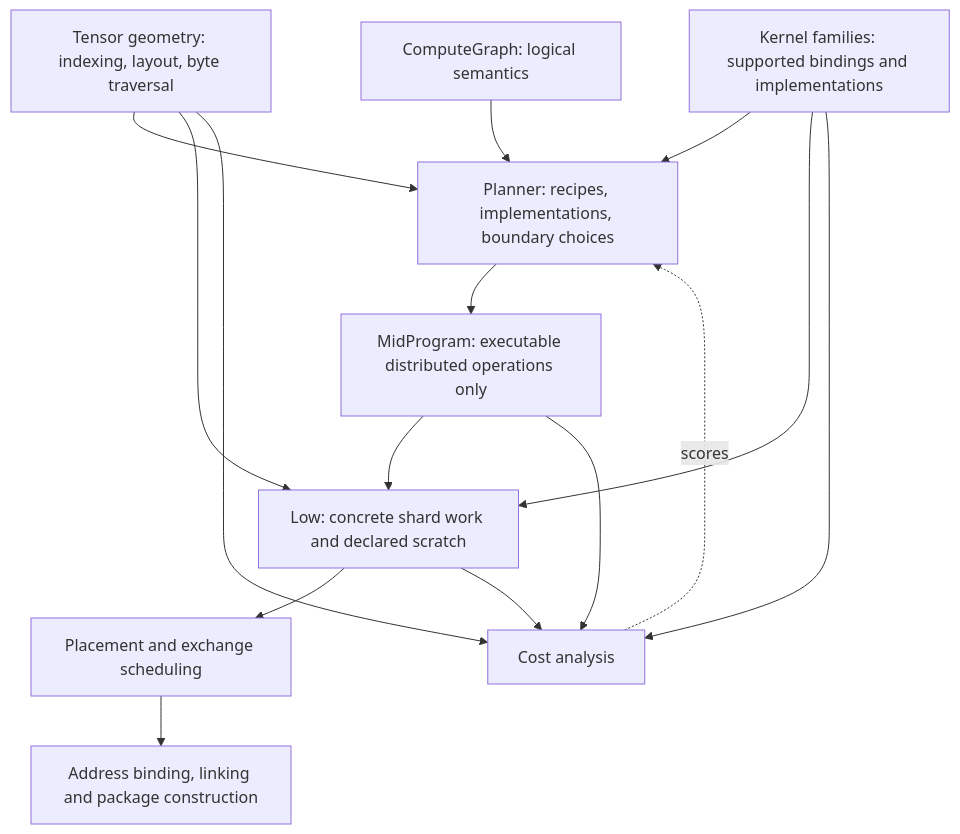
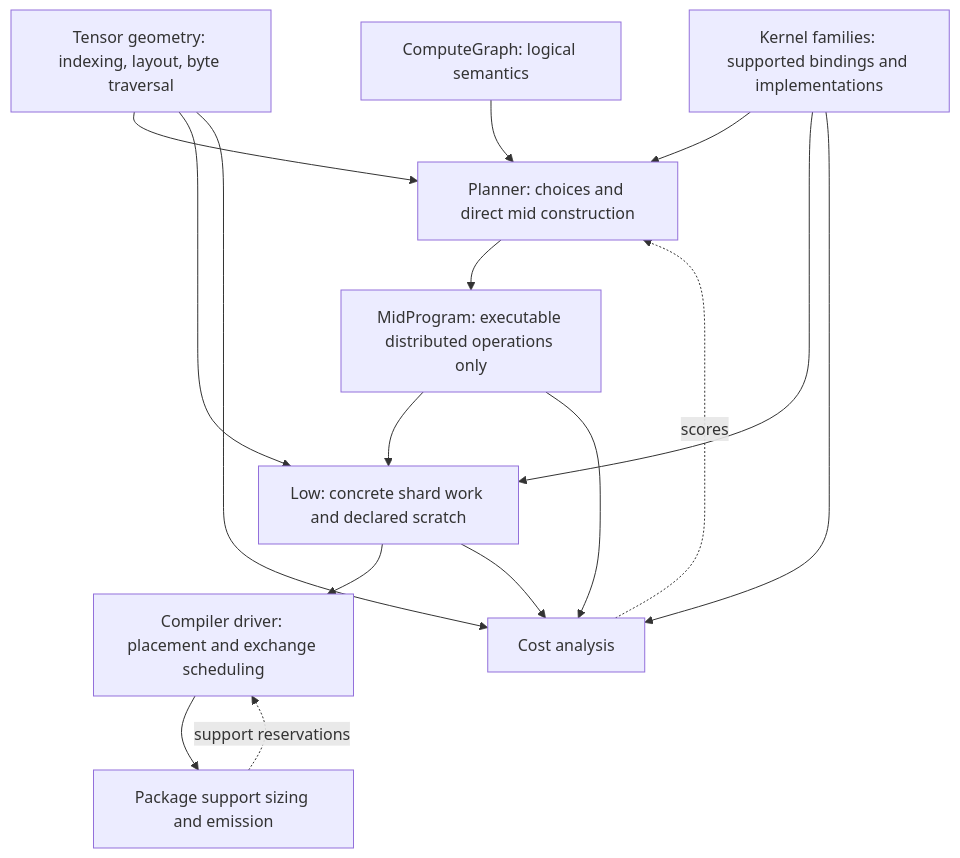
One commit to osmarks/ipu-stack changed the diagram in docs/COMPILER_STRUCTURE_PROPOSAL.md. Above: the diagram before and after it, drawn with Mermaid. The commit also changed other lines of this file and 2 other files, not shown here.

Commit message:
Specify direct mid construction and compiler orchestration boundaries

````diff
--- a/docs/COMPILER_STRUCTURE_PROPOSAL.md
+++ b/docs/COMPILER_STRUCTURE_PROPOSAL.md
@@ -41,17 +43,18 @@
 ```mermaid
 flowchart TD
-  H[ComputeGraph: logical semantics] --> P[Planner: recipes, implementations, boundary choices]
+  H[ComputeGraph: logical semantics] --> P[Planner: choices and direct mid construction]
   P --> M[MidProgram: executable distributed operations only]
   M --> L[Low: concrete shard work and declared scratch]
-  L --> A[Placement and exchange scheduling]
-  A --> E[Address binding, linking and package construction]
+  L --> A[Compiler driver: placement and exchange scheduling]
+  A --> E[Package support sizing and emission]
+  E -. support reservations .-> A
   G[Tensor geometry: indexing, layout, byte traversal] --> P
   G --> L
   G --> C[Cost analysis]
   K[Kernel families: supported bindings and implementations] --> P
   K --> L
   K --> C
   M --> C
   L --> C
   C -. scores .-> P
 ```
````
